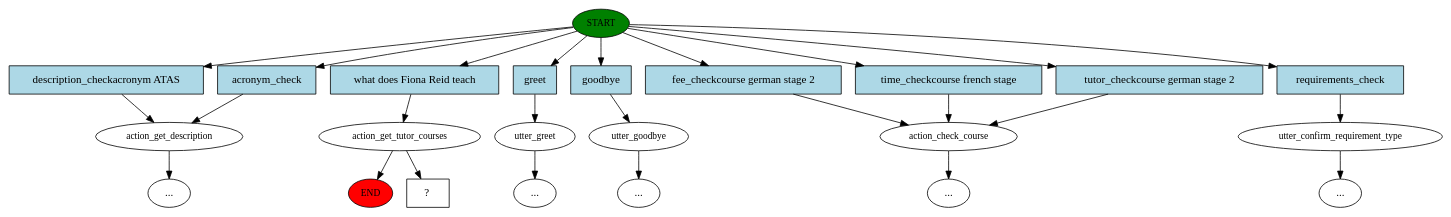
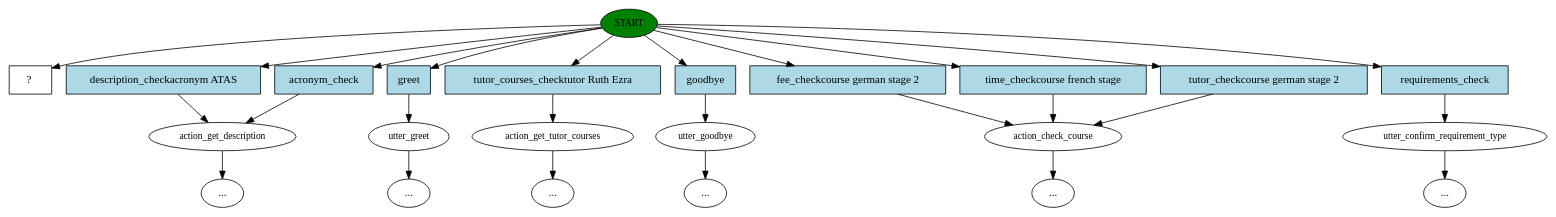
One commit to leonore/ugenie changed the diagram in chat-service/model/story_graph.dot. Above: the diagram before and after it, drawn with Graphviz. The commit also changed 2 other files, not shown here.

```diff
--- a/chat-service/model/story_graph.dot
+++ b/chat-service/model/story_graph.dot
@@ -1,50 +1,50 @@
 digraph  {
 0 [class="start active", fillcolor=green, fontsize=12, label=START, style=filled];
-"-1" [class=end, fillcolor=red, fontsize=12, label=END, style=filled];
 1 [class="", fontsize=12, label=action_get_description];
-3 [class=active, fontsize=12, label=action_get_tutor_courses];
-4 [class="", fontsize=12, label=utter_greet];
-5 [class="", fontsize=12, label=utter_goodbye];
+2 [class="", fontsize=12, label=utter_greet];
+4 [class="", fontsize=12, label=action_get_tutor_courses];
 "-6" [class=ellipsis, label="..."];
-6 [class="", fontsize=12, label=action_check_course];
-14 [class="", fontsize=12, label=utter_confirm_requirement_type];
-"-15" [class=ellipsis, label="..."];
-"-20" [class=ellipsis, label="..."];
+6 [class="", fontsize=12, label=utter_goodbye];
+"-8" [class=ellipsis, label="..."];
+7 [class="", fontsize=12, label=action_check_course];
+15 [class="", fontsize=12, label=utter_confirm_requirement_type];
+"-17" [class=ellipsis, label="..."];
 "-22" [class=ellipsis, label="..."];
-"-25" [class=ellipsis, label="..."];
-26 [class="intent dashed active", label="  ?  ", shape=rect];
-27 [class=intent, fillcolor=lightblue, label="description_checkacronym ATAS", shape=rect, style=filled];
-28 [class=intent, fillcolor=lightblue, label=acronym_check, shape=rect, style=filled];
-29 [class="intent active", fillcolor=lightblue, label="what does Fiona Reid teach", shape=rect, style=filled];
-30 [class=intent, fillcolor=lightblue, label=greet, shape=rect, style=filled];
-31 [class=intent, fillcolor=lightblue, label=goodbye, shape=rect, style=filled];
-32 [class=intent, fillcolor=lightblue, label="fee_checkcourse german stage 2", shape=rect, style=filled];
-33 [class=intent, fillcolor=lightblue, label="time_checkcourse french stage", shape=rect, style=filled];
-34 [class=intent, fillcolor=lightblue, label="tutor_checkcourse german stage 2", shape=rect, style=filled];
-35 [class=intent, fillcolor=lightblue, label=requirements_check, shape=rect, style=filled];
+"-24" [class=ellipsis, label="..."];
+"-26" [class=ellipsis, label="..."];
+25 [class="intent dashed active", label="  ?  ", shape=rect];
+26 [class=intent, fillcolor=lightblue, label="description_checkacronym ATAS", shape=rect, style=filled];
+27 [class=intent, fillcolor=lightblue, label=acronym_check, shape=rect, style=filled];
+28 [class=intent, fillcolor=lightblue, label=greet, shape=rect, style=filled];
+29 [class=intent, fillcolor=lightblue, label="tutor_courses_checktutor Ruth Ezra", shape=rect, style=filled];
+30 [class=intent, fillcolor=lightblue, label=goodbye, shape=rect, style=filled];
+31 [class=intent, fillcolor=lightblue, label="fee_checkcourse german stage 2", shape=rect, style=filled];
+32 [class=intent, fillcolor=lightblue, label="time_checkcourse french stage", shape=rect, style=filled];
+33 [class=intent, fillcolor=lightblue, label="tutor_checkcourse german stage 2", shape=rect, style=filled];
+34 [class=intent, fillcolor=lightblue, label=requirements_check, shape=rect, style=filled];
+0 -> 25  [class=active, key=NONE, label=""];
+0 -> 26  [class="", key=0];
 0 -> 27  [class="", key=0];
 0 -> 28  [class="", key=0];
-0 -> 29  [class=active, key=0];
+0 -> 29  [class="", key=0];
 0 -> 30  [class="", key=0];
 0 -> 31  [class="", key=0];
 0 -> 32  [class="", key=0];
 0 -> 33  [class="", key=0];
 0 -> 34  [class="", key=0];
-0 -> 35  [class="", key=0];
-1 -> "-20"  [class="", key=NONE, label=""];
-3 -> "-1"  [class="", key=NONE, label=""];
-3 -> 26  [class=active, key=NONE, label=""];
-4 -> "-25"  [class="", key=NONE, label=""];
-5 -> "-6"  [class="", key=NONE, label=""];
-6 -> "-22"  [class="", key=NONE, label=""];
-14 -> "-15"  [class="", key=NONE, label=""];
+1 -> "-22"  [class="", key=NONE, label=""];
+2 -> "-26"  [class="", key=NONE, label=""];
+4 -> "-6"  [class="", key=NONE, label=""];
+6 -> "-8"  [class="", key=NONE, label=""];
+7 -> "-24"  [class="", key=NONE, label=""];
+15 -> "-17"  [class="", key=NONE, label=""];
+26 -> 1  [class="", key=0];
 27 -> 1  [class="", key=0];
-28 -> 1  [class="", key=0];
-29 -> 3  [class=active, key=0];
-30 -> 4  [class="", key=0];
-31 -> 5  [class="", key=0];
-32 -> 6  [class="", key=0];
-33 -> 6  [class="", key=0];
-34 -> 6  [class="", key=0];
-35 -> 14  [class="", key=0];
+28 -> 2  [class="", key=0];
+29 -> 4  [class="", key=0];
+30 -> 6  [class="", key=0];
+31 -> 7  [class="", key=0];
+32 -> 7  [class="", key=0];
+33 -> 7  [class="", key=0];
+34 -> 15  [class="", key=0];
 }
```
